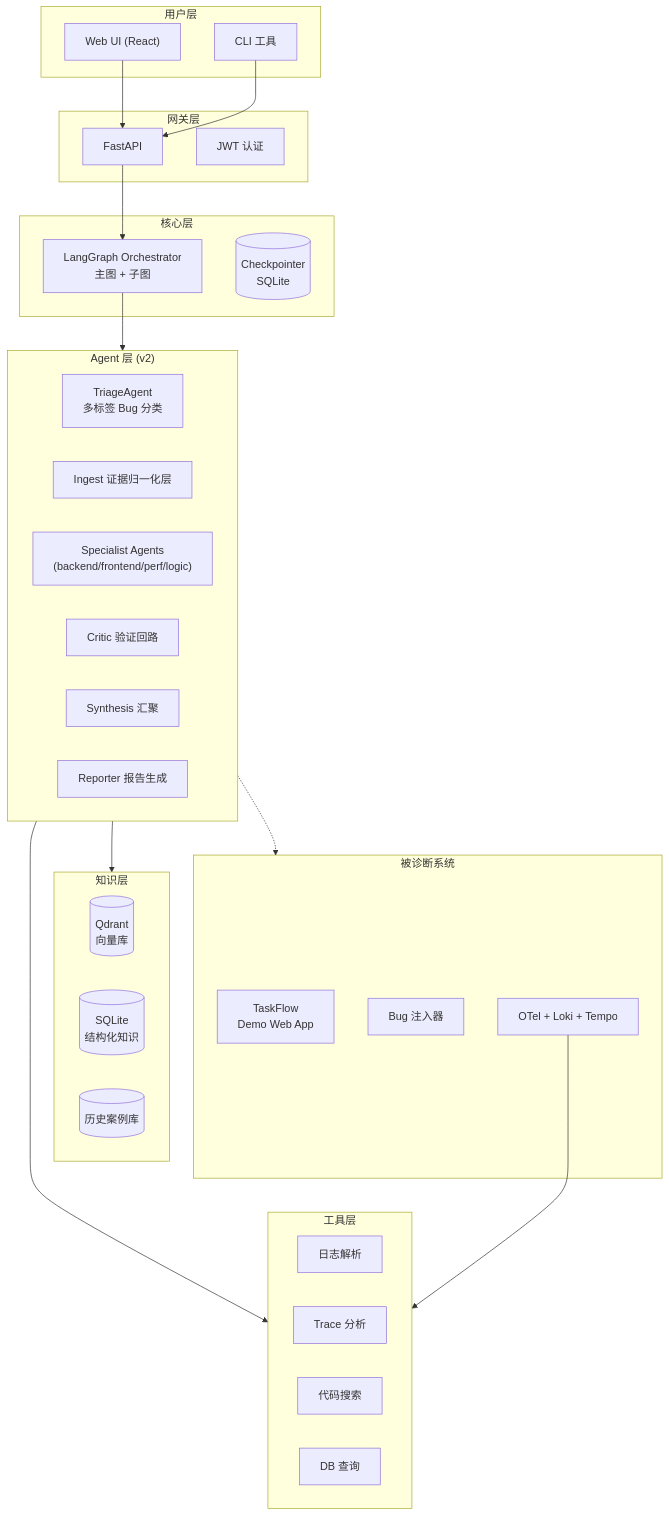
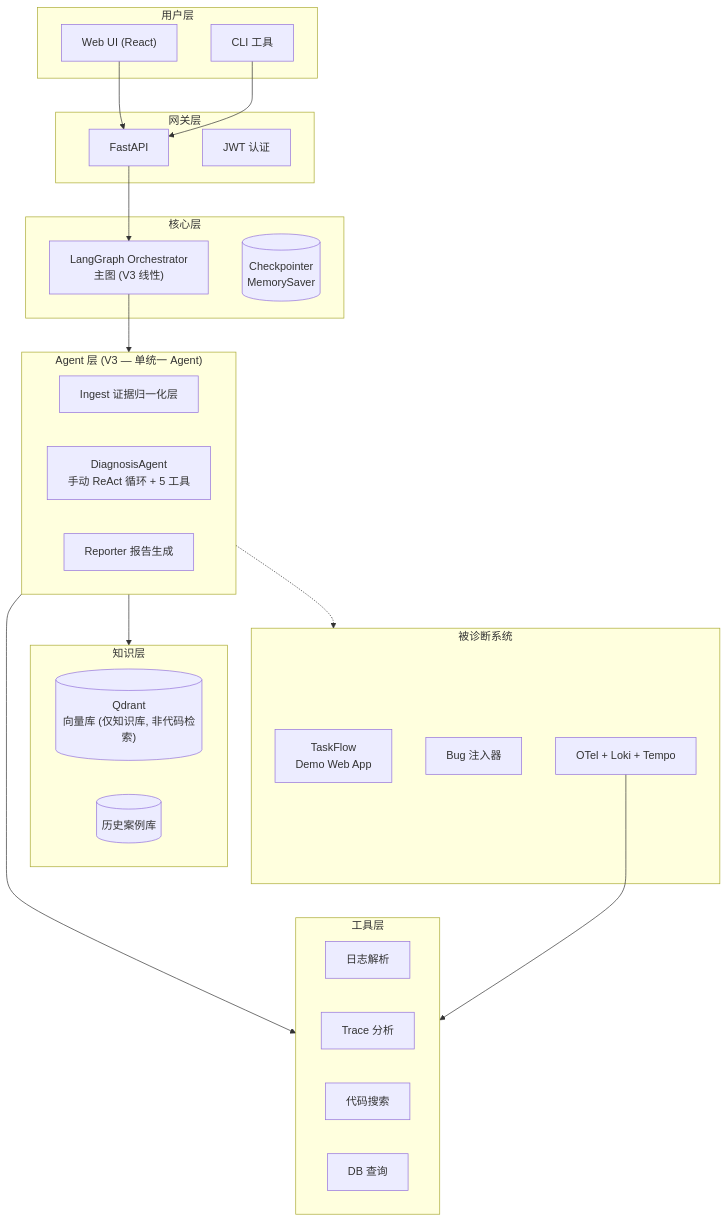
Before and after one commit to lmonster1997/DiagDoctor: the diagram in README.md, drawn with Mermaid. The commit also changed other lines of this file and 256 other files, not shown here.

````diff
--- a/README.md
+++ b/README.md
@@ -45,54 +45,50 @@
 ```mermaid
 flowchart TB
     subgraph User["用户层"]
         WebUI["Web UI (React)"]
         CLI["CLI 工具"]
     end
 
     subgraph Gateway["网关层"]
         FastAPI["FastAPI"]
         Auth["JWT 认证"]
     end
 
     subgraph Core["核心层"]
-        Orchestrator["LangGraph Orchestrator<br/>主图 + 子图"]
-        StateStore[("Checkpointer<br/>SQLite")]
+        Orchestrator["LangGraph Orchestrator<br/>主图 (V3 线性)"]
+        StateStore[("Checkpointer<br/>MemorySaver")]
     end
 
-    subgraph Agents["Agent 层 (v2)"]
-        Triage["TriageAgent<br/>多标签 Bug 分类"]
+    subgraph Agents["Agent 层 (V3 — 单统一 Agent)"]
         Ingest["Ingest 证据归一化层"]
-        Specialist["Specialist Agents<br/>(backend/frontend/perf/logic)"]
-        Critic["Critic 验证回路"]
-        Synthesis["Synthesis 汇聚"]
+        DiagnosisAgent["DiagnosisAgent<br/>手动 ReAct 循环 + 5 工具"]
         Reporter["Reporter 报告生成"]
     end
 
     subgraph Knowledge["知识层"]
-        VectorDB[("Qdrant<br/>向量库")]
-        StructKB[("SQLite<br/>结构化知识")]
+        VectorDB[("Qdrant<br/>向量库 (仅知识库, 非代码检索)")]
         CaseDB[("历史案例库")]
     end
 
     subgraph Tools["工具层"]
         LogTools["日志解析"]
         TraceTools["Trace 分析"]
         CodeTools["代码搜索"]
         DBTools["DB 查询"]
     end
 
     subgraph Target["被诊断系统"]
         DemoApp["TaskFlow<br/>Demo Web App"]
         BugInjector["Bug 注入器"]
         ObsStack["OTel + Loki + Tempo"]
     end
 
     WebUI --> FastAPI
     CLI --> FastAPI
     FastAPI --> Orchestrator
     Orchestrator --> Agents
     Agents --> Knowledge
     Agents --> Tools
     Agents -.-> Target
     ObsStack --> Tools
 ```
````
